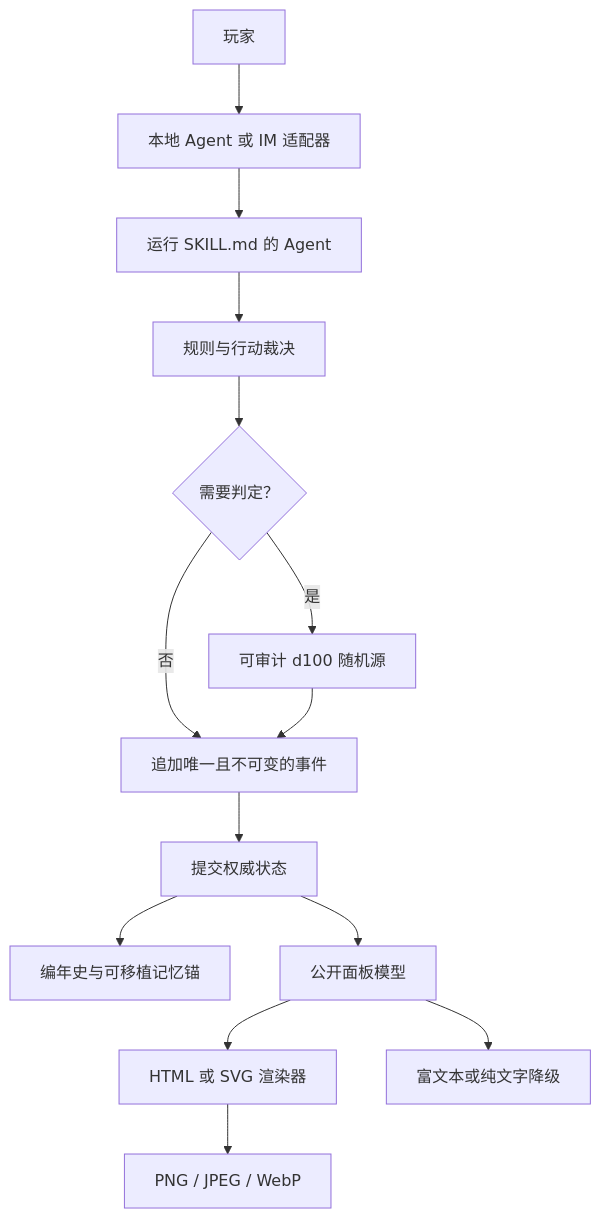
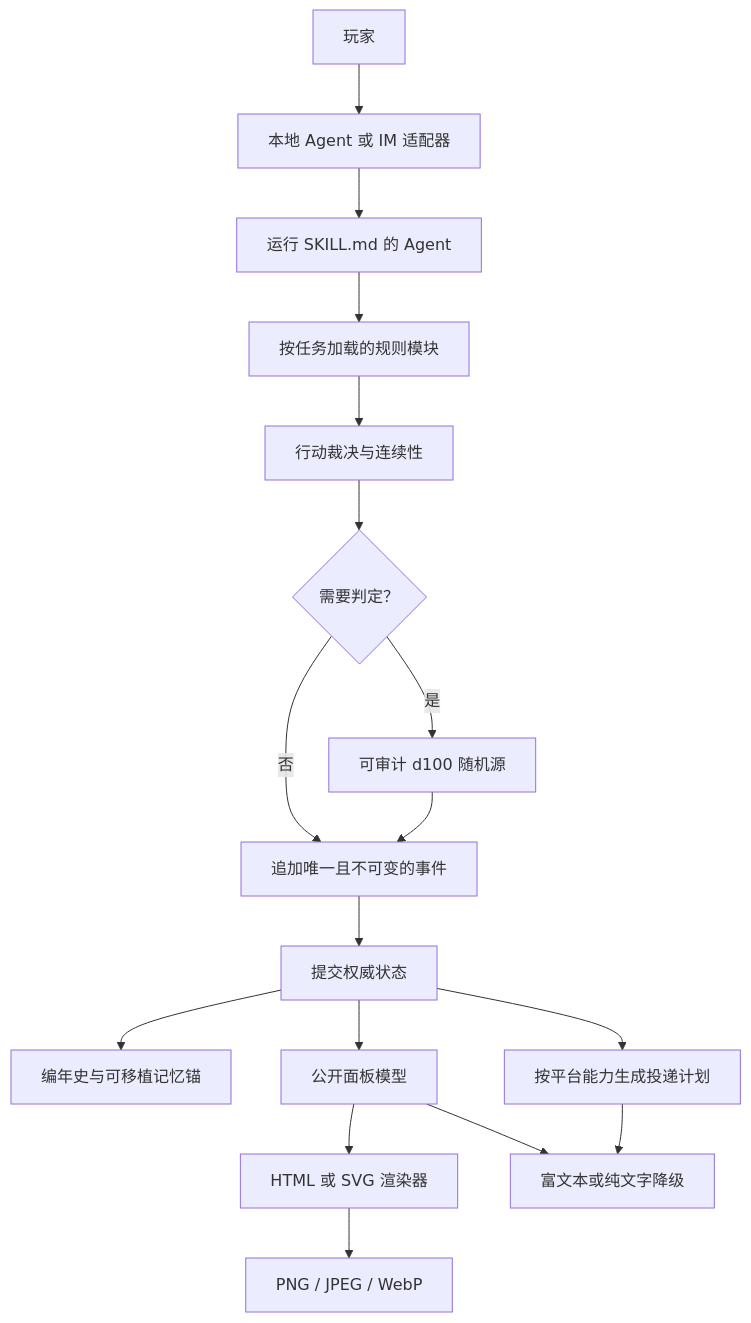
One commit to zyfayes/lotm-text-game-skill changed the diagram in README_CN.md. Above: the diagram before and after it, drawn with Mermaid. The commit also changed other lines of this file and 22 other files, not shown here.

````diff
--- a/README_CN.md
+++ b/README_CN.md
@@ -53,16 +59,19 @@
 ```mermaid
 flowchart TD
     U[玩家] --> T[本地 Agent 或 IM 适配器]
     T --> A[运行 SKILL.md 的 Agent]
-    A --> R[规则与行动裁决]
-    R --> D{需要判定？}
+    A --> R[按任务加载的规则模块]
+    R --> C[行动裁决与连续性]
+    C --> D{需要判定？}
     D -->|是| G[可审计 d100 随机源]
     D -->|否| E[追加唯一且不可变的事件]
     G --> E
     E --> S[提交权威状态]
     S --> J[编年史与可移植记忆锚]
     S --> P[公开面板模型]
+    S --> O[按平台能力生成投递计划]
     P --> H[HTML 或 SVG 渲染器]
     H --> I[PNG / JPEG / WebP]
     P --> F[富文本或纯文字降级]
+    O --> F
 ```
````
